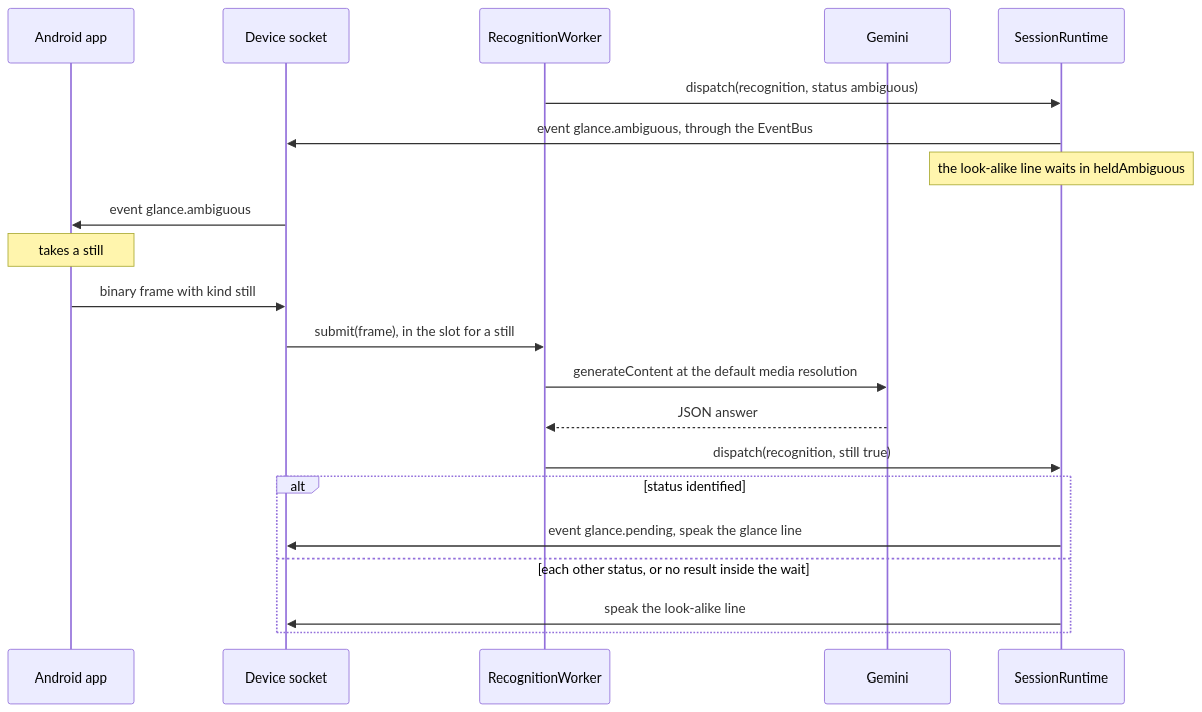
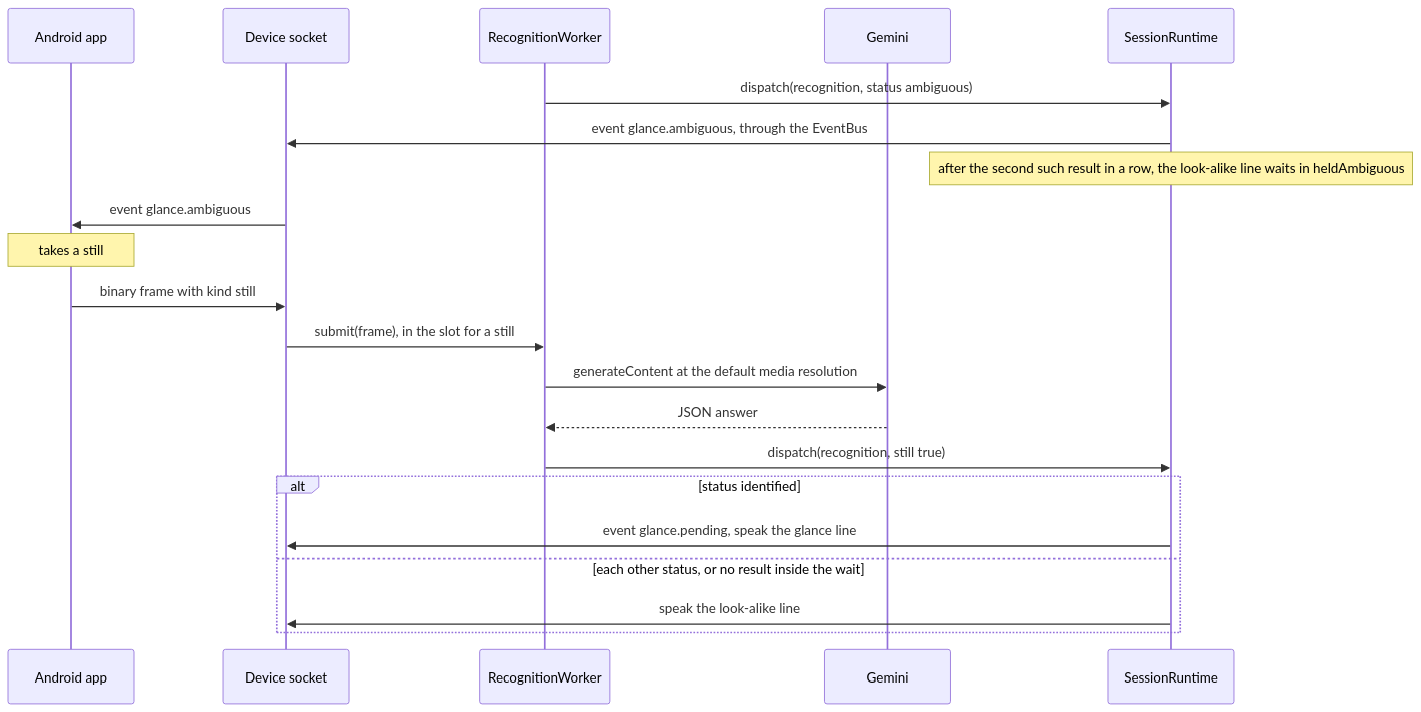
Before and after one commit to mrBymax/glance: the fourth of 14 diagrams in docs/architecture.md, drawn with Mermaid. The commit also changed other lines of this file and 21 other files, not shown here.

First line of the commit message:
fix(server): open a prompt by sight after 2 results in a row

````diff
--- a/docs/architecture.md
+++ b/docs/architecture.md
@@ -248,24 +248,24 @@
 ```mermaid
 sequenceDiagram
   participant App as Android app
   participant Socket as Device socket
   participant Worker as RecognitionWorker
   participant Gemini
   participant Runtime as SessionRuntime
 
   Worker->>Runtime: dispatch(recognition, status ambiguous)
   Runtime->>Socket: event glance.ambiguous, through the EventBus
-  Note over Runtime: the look-alike line waits in heldAmbiguous
+  Note over Runtime: after the second such result in a row, the look-alike line waits in heldAmbiguous
   Socket->>App: event glance.ambiguous
   Note over App: takes a still
   App->>Socket: binary frame with kind still
   Socket->>Worker: submit(frame), in the slot for a still
   Worker->>Gemini: generateContent at the default media resolution
   Gemini-->>Worker: JSON answer
   Worker->>Runtime: dispatch(recognition, still true)
   alt status identified
     Runtime->>Socket: event glance.pending, speak the glance line
   else each other status, or no result inside the wait
     Runtime->>Socket: speak the look-alike line
   end
 ```
````
